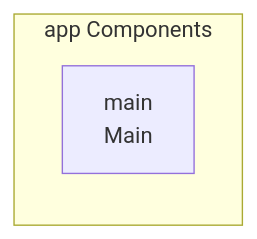
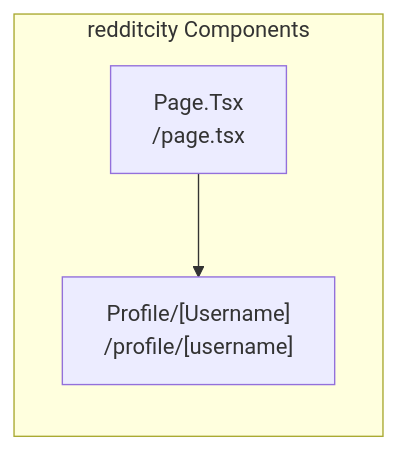
The third of 4 diagrams in README.md (Punyamittal/redditcity), drawn with Mermaid before and after one commit. The commit also changed other lines of this file, not shown here.

````diff
--- a/README.md
+++ b/README.md
@@ -188,6 +195,8 @@
 ```mermaid
 graph LR
-    subgraph App["app Components"]
-        main["main<br/>Main"]
+    subgraph App["redditcity Components"]
+        page_tsx["Page.Tsx<br/>/page.tsx"]
+        profile__username_["Profile/[Username]<br/>/profile/[username]"]
     end
+    page_tsx --> profile__username_
 ```
````
